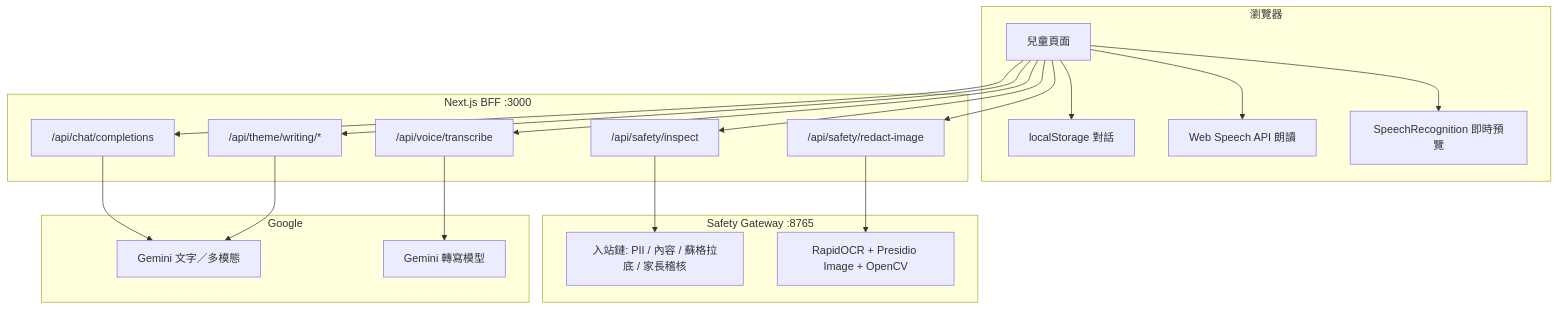
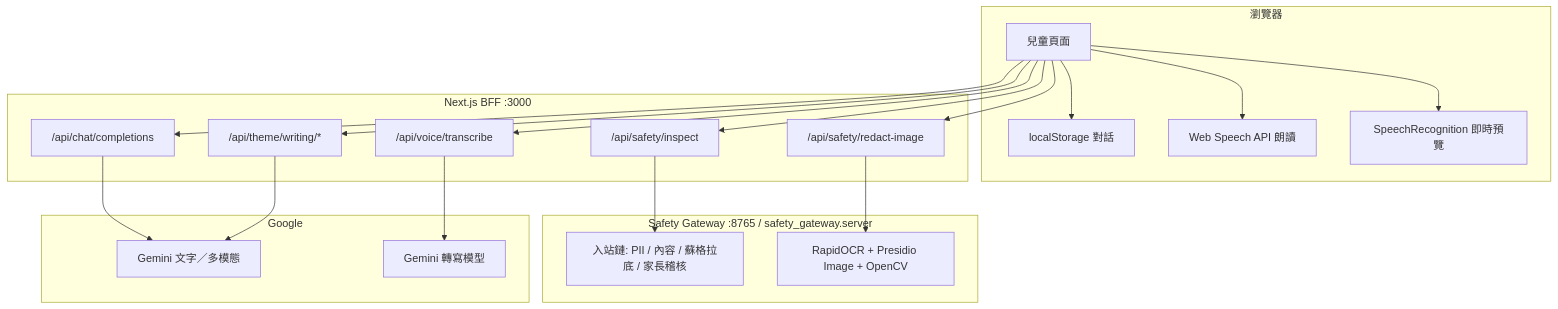
The first of 5 diagrams in 專案功能與流程.md (py-huang/ai-guard), drawn with Mermaid before and after one commit. The commit also changed other lines of this file and 3 other files, not shown here.

````diff
--- a/專案功能與流程.md
+++ b/專案功能與流程.md
@@ -18,32 +18,32 @@
 ```mermaid
 flowchart TB
   subgraph browser [瀏覽器]
     UI[兒童頁面]
     LS[localStorage 對話]
     TTS[Web Speech API 朗讀]
     SR[SpeechRecognition 即時預覽]
   end
   subgraph next [Next.js BFF :3000]
     Inspect["/api/safety/inspect"]
     Redact["/api/safety/redact-image"]
     Chat["/api/chat/completions"]
     Voice["/api/voice/transcribe"]
     Write["/api/theme/writing/*"]
   end
-  subgraph gw [Safety Gateway :8765]
+  subgraph gw [Safety Gateway :8765 / safety_gateway.server]
     Chain[入站鏈: PII / 內容 / 蘇格拉底 / 家長稽核]
     OCR[RapidOCR + Presidio Image + OpenCV]
   end
   subgraph cloud [Google]
     GText[Gemini 文字／多模態]
     GSTT[Gemini 轉寫模型]
   end
   UI --> Inspect --> Chain
   UI --> Redact --> OCR
   UI --> Chat --> GText
   UI --> Voice --> GSTT
   UI --> Write --> GText
   UI --> TTS
   UI --> SR
   UI --> LS
 ```
````
